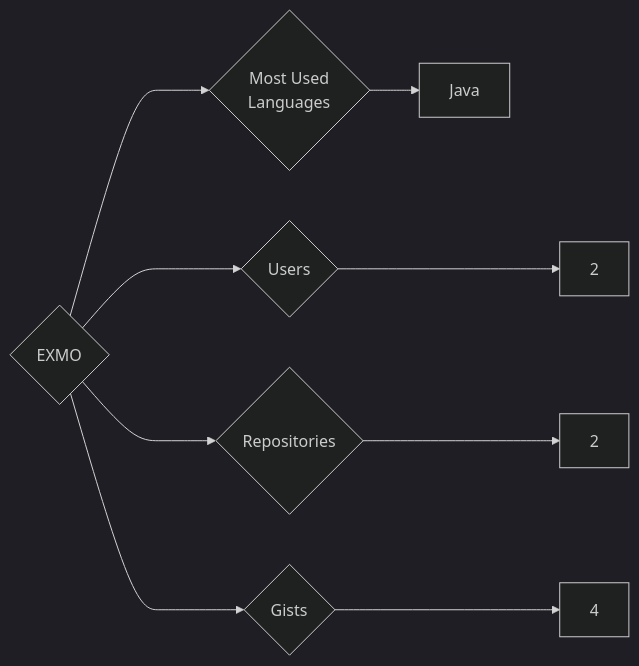
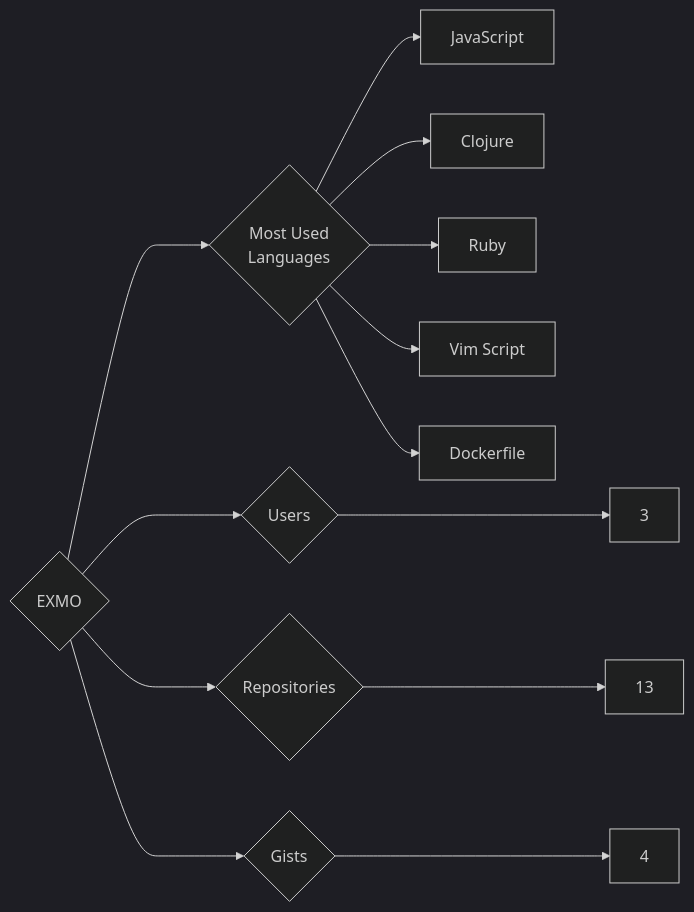
Before and after one commit to trickest/insiders: the diagram in targets/EXMO/README.md, drawn with Mermaid (dark theme). The commit also changed 1089 other files, not shown here.

````diff
--- a/targets/EXMO/README.md
+++ b/targets/EXMO/README.md
@@ -3,9 +3,13 @@
 ```mermaid
 graph LR
 COMPANY_NAME{EXMO}
-COMPANY_NAME ---> U{Users} ---> UN[2]
-COMPANY_NAME ---> R{Repositories} ---> RN[2]
+COMPANY_NAME ---> U{Users} ---> UN[3]
+COMPANY_NAME ---> R{Repositories} ---> RN[13]
 COMPANY_NAME ---> G{Gists} ---> GN[4]
 COMPANY_NAME ---> ML{Most Used<br>Languages}
-ML --> Java[Java]
+ML --> JavaScript[JavaScript]
+ML --> Clojure[Clojure]
+ML --> Ruby[Ruby]
+ML --> Vim_Script[Vim Script]
+ML --> Dockerfile[Dockerfile]
 ```
````
